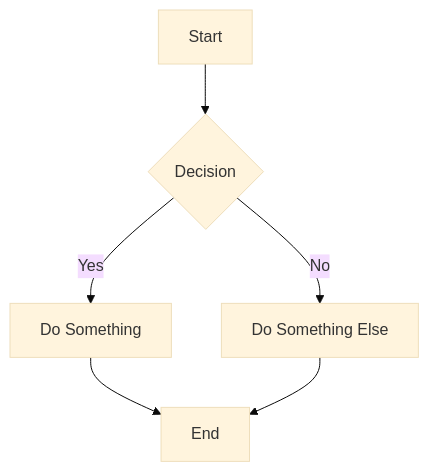
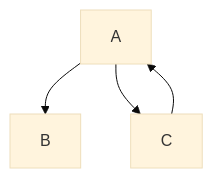
Before and after one commit to m4nh/autoreveal: the diagram in slides/09-load-directives/diagram.mermaid, drawn with Mermaid (base theme). The commit also changed 29 other files, not shown here.

```diff
--- a/slides/09-load-directives/diagram.mermaid
+++ b/slides/09-load-directives/diagram.mermaid
@@ -1,6 +1,4 @@
 graph TD
-    A[Start] --> B{Decision}
-    B -->|Yes| C[Do Something]
-    B -->|No| D[Do Something Else]
-    C --> E[End]
-    D --> E
+    A --> B
+    A --> C
+    C --> A
```
